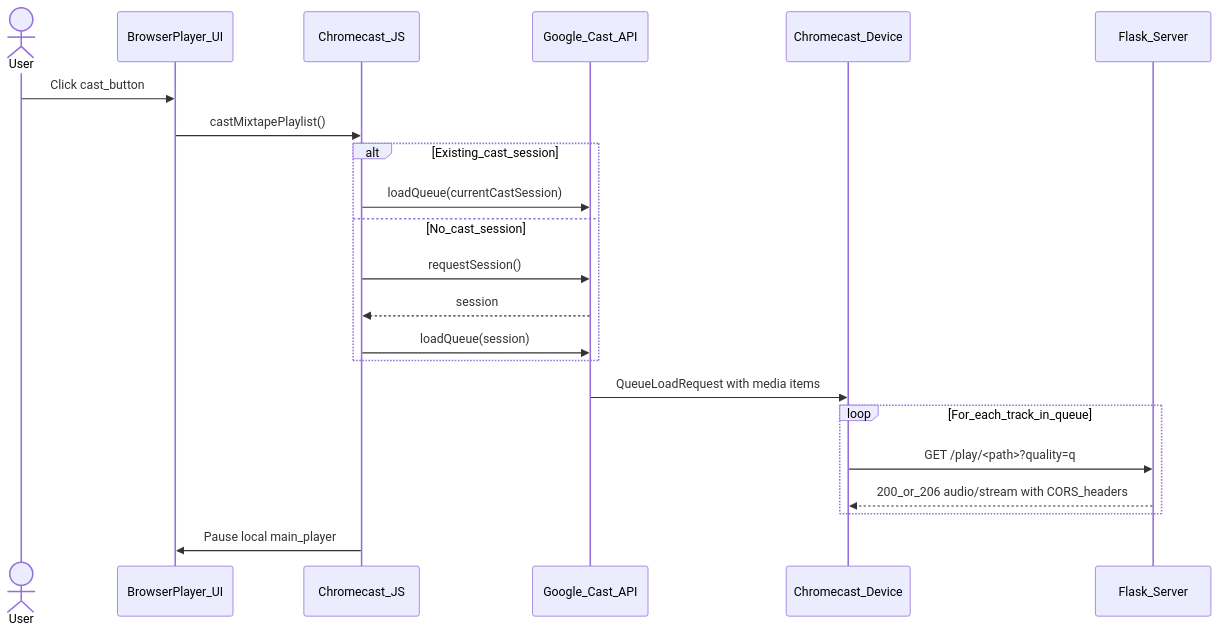
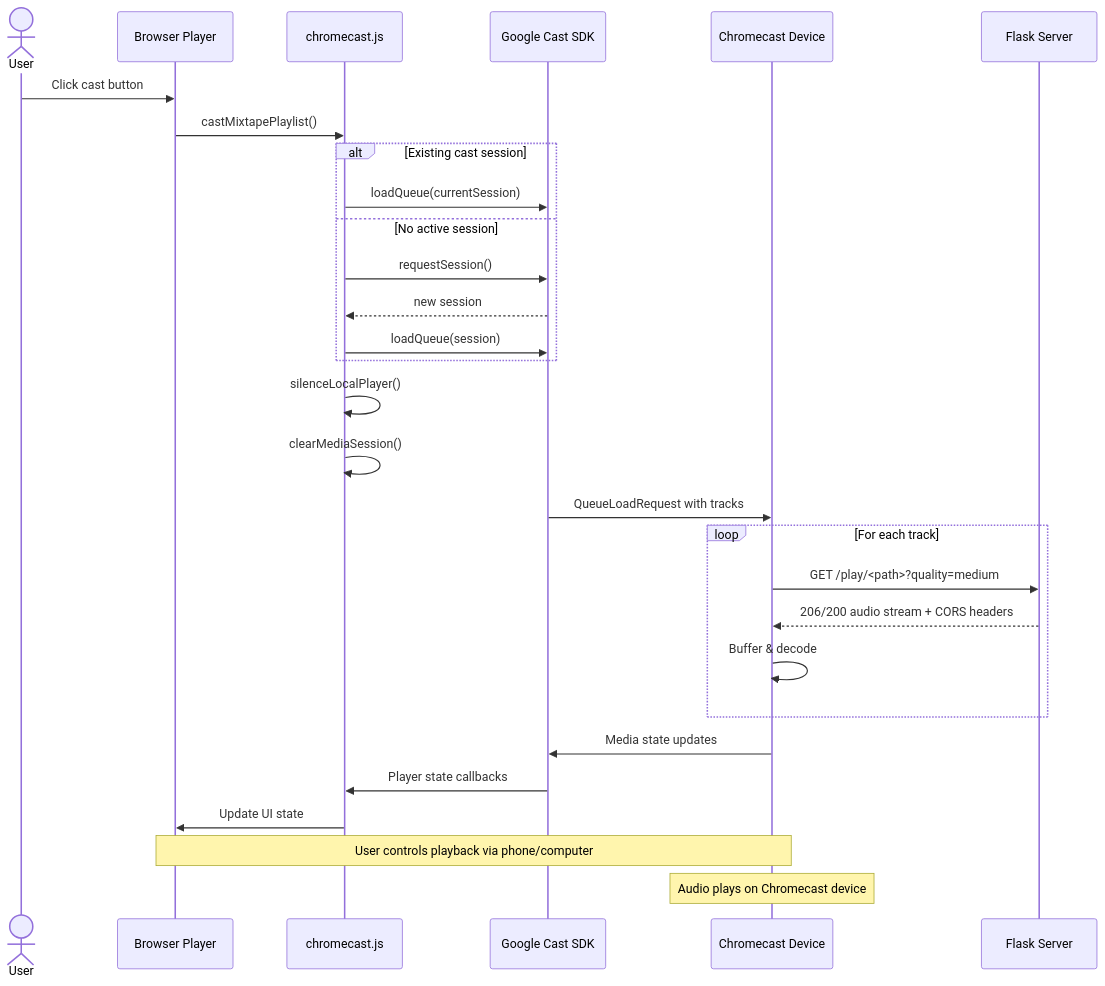
One commit to mark-me/mixtape-society changed the second of 5 diagrams in docs/development/routes/playback.md. Above: the diagram before and after it, drawn with Mermaid. The commit also changed other lines of this file and 2 other files, not shown here.

````diff
--- a/docs/development/routes/playback.md
+++ b/docs/development/routes/playback.md
@@ -288,28 +196,38 @@
 ```mermaid
 sequenceDiagram
     actor User
-    participant BrowserPlayer as BrowserPlayer_UI
-    participant ChromecastModule as Chromecast_JS
-    participant CastAPI as Google_Cast_API
-    participant Receiver as Chromecast_Device
-    participant Server as Flask_Server
+    participant Browser as Browser Player
+    participant ChromecastJS as chromecast.js
+    participant CastSDK as Google Cast SDK
+    participant Receiver as Chromecast Device
+    participant Server as Flask Server
 
-    User->>BrowserPlayer: Click cast_button
-    BrowserPlayer->>ChromecastModule: castMixtapePlaylist()
-    alt Existing_cast_session
-        ChromecastModule->>CastAPI: loadQueue(currentCastSession)
-    else No_cast_session
-        ChromecastModule->>CastAPI: requestSession()
-        CastAPI-->>ChromecastModule: session
-        ChromecastModule->>CastAPI: loadQueue(session)
+    User->>Browser: Click cast button
+    Browser->>ChromecastJS: castMixtapePlaylist()
+    
+    alt Existing cast session
+        ChromecastJS->>CastSDK: loadQueue(currentSession)
+    else No active session
+        ChromecastJS->>CastSDK: requestSession()
+        CastSDK-->>ChromecastJS: new session
+        ChromecastJS->>CastSDK: loadQueue(session)
     end
 
-    CastAPI->>Receiver: QueueLoadRequest with media items
-
-    loop For_each_track_in_queue
-        Receiver->>Server: GET /play/<path>?quality=q
-        Server-->>Receiver: 200_or_206 audio/stream with CORS_headers
+    ChromecastJS->>ChromecastJS: silenceLocalPlayer()
+    ChromecastJS->>ChromecastJS: clearMediaSession()
+    
+    CastSDK->>Receiver: QueueLoadRequest with tracks
+    
+    loop For each track
+        Receiver->>Server: GET /play/<path>?quality=medium
+        Server-->>Receiver: 206/200 audio stream + CORS headers
+        Receiver->>Receiver: Buffer & decode
     end
 
-    ChromecastModule->>BrowserPlayer: Pause local main_player
+    Receiver->>CastSDK: Media state updates
+    CastSDK->>ChromecastJS: Player state callbacks
+    ChromecastJS->>Browser: Update UI state
+    
+    Note over Browser,Receiver: User controls playback via phone/computer
+    Note over Receiver: Audio plays on Chromecast device
 ```
````
